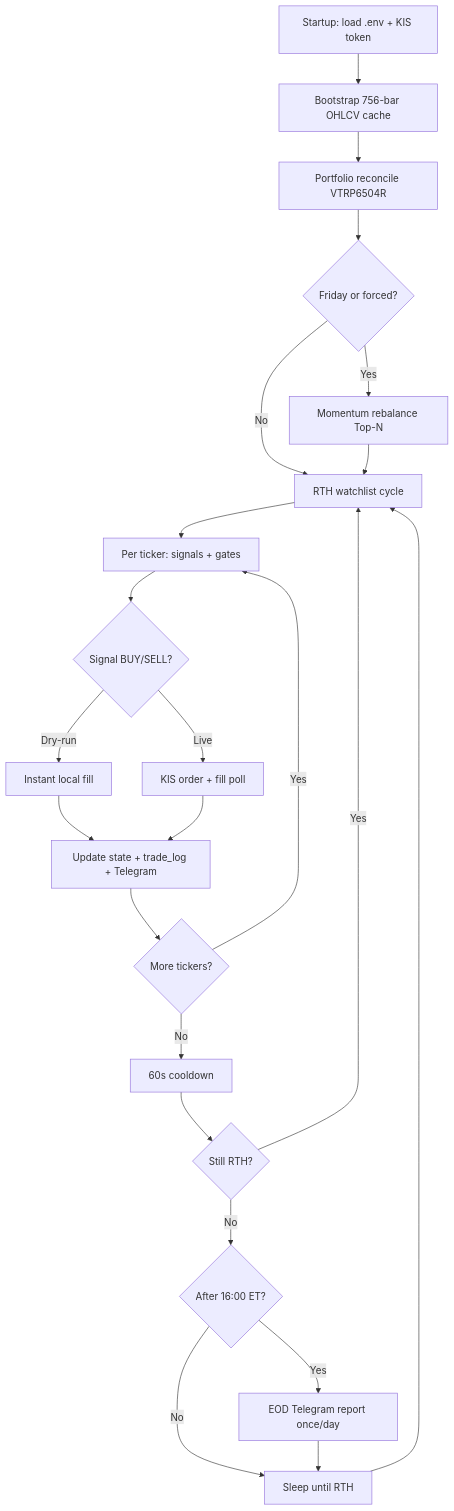
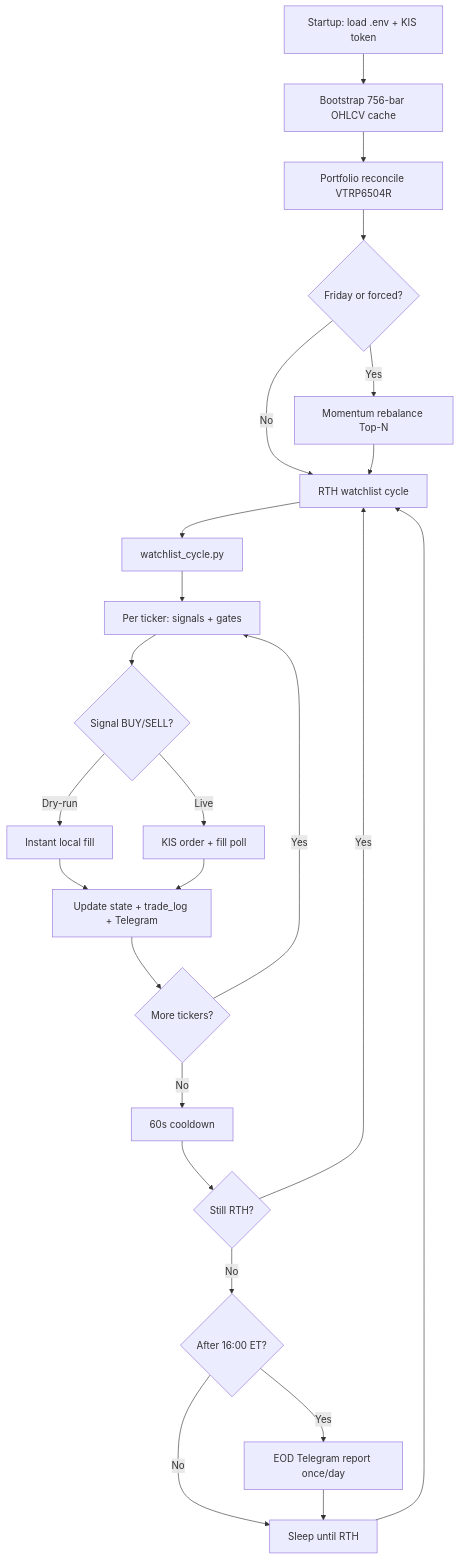
One commit to yeongjin813/toss-trading-bot changed the diagram in README.md. Above: the diagram before and after it, drawn with Mermaid. The commit also changed other lines of this file and 1 other file, not shown here.

````diff
--- a/README.md
+++ b/README.md
@@ -49,25 +50,26 @@
 ```mermaid
 flowchart TD
     A[Startup: load .env + KIS token] --> B[Bootstrap 756-bar OHLCV cache]
     B --> C[Portfolio reconcile VTRP6504R]
     C --> D{Friday or forced?}
     D -->|Yes| E[Momentum rebalance Top-N]
     D -->|No| F[RTH watchlist cycle]
     E --> F
-    F --> G[Per ticker: signals + gates]
+    F --> F1[watchlist_cycle.py]
+    F1 --> G[Per ticker: signals + gates]
     G --> H{Signal BUY/SELL?}
     H -->|Dry-run| I[Instant local fill]
     H -->|Live| J[KIS order + fill poll]
     I --> K[Update state + trade_log + Telegram]
     J --> K
     K --> L{More tickers?}
     L -->|Yes| G
     L -->|No| M[60s cooldown]
     M --> N{Still RTH?}
     N -->|Yes| F
     N -->|No| O{After 16:00 ET?}
     O -->|Yes| P[EOD Telegram report once/day]
     O -->|No| Q[Sleep until RTH]
     P --> Q
     Q --> F
 ```
````
